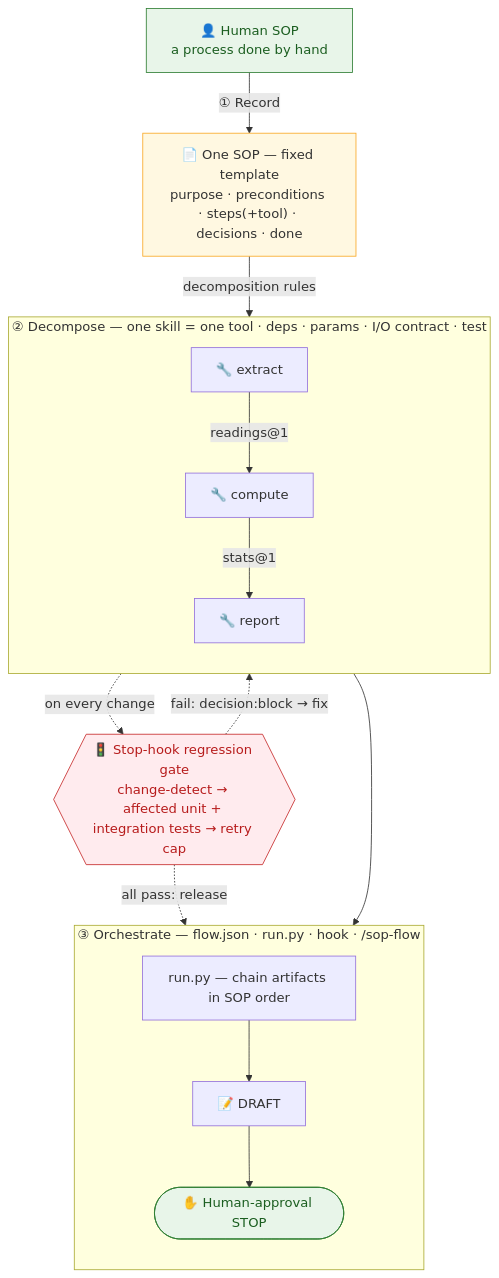
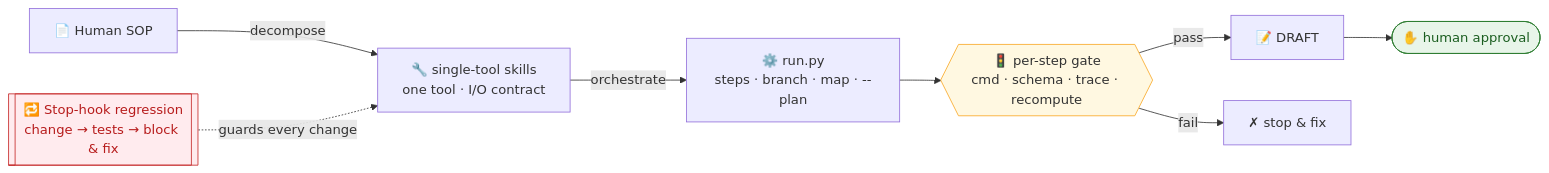
Before and after one commit to s0912758806p/agentic-sop-to-work: the diagram in README.md, drawn with Mermaid. The commit also changed other lines of this file, not shown here.

Commit message:
docs: tighten README (concise, scannable) + refresh diagram for v1.5 (gates/branch/map)

````diff
--- a/README.md
+++ b/README.md
@@ -20,36 +18,23 @@
 ```mermaid
-flowchart TB
-    H["👤 Human SOP<br/>a process done by hand"]
-    SOP["📄 One SOP — fixed template<br/>purpose · preconditions · steps(+tool) · decisions · done"]
+flowchart LR
+    SOP["📄 Human SOP"]
+    SK["🔧 single-tool skills<br/>one tool · I/O contract"]
+    RUN["⚙️ run.py<br/>steps · branch · map · --plan"]
+    G{{"🚦 per-step gate<br/>cmd · schema · trace · recompute"}}
+    DR["📝 DRAFT"]
+    OK(["✋ human approval"])
+    STOPN["✗ stop & fix"]
+    REG[["🔁 Stop-hook regression<br/>change → tests → block & fix"]]
 
-    subgraph S2["② Decompose — one skill = one tool · deps · params · I/O contract · test"]
-        direction TB
-        KA["🔧 extract"]
-        KB["🔧 compute"]
-        KC["🔧 report"]
-        KA -- "readings@1" --> KB
-        KB -- "stats@1" --> KC
-    end
+    SOP -- decompose --> SK
+    SK -- orchestrate --> RUN
+    RUN --> G
+    G -- pass --> DR
+    DR --> OK
+    G -- fail --> STOPN
+    REG -. guards every change .-> SK
 
-    subgraph S3["③ Orchestrate — flow.json · run.py · hook · /sop-flow"]
-        direction TB
-        RUN["run.py — chain artifacts in SOP order"]
-        DRAFT["📝 DRAFT"]
-        STOP(["✋ Human-approval STOP"])
-        RUN --> DRAFT --> STOP
-    end
-
-    H -- "① Record" --> SOP
-    SOP -- "decomposition rules" --> KA
-    KC --> RUN
-
-    GATE{{"🚦 Stop-hook regression gate<br/>change-detect → affected unit + integration tests → retry cap"}}
-    KC -. "on every change" .-> GATE
-    GATE -. "fail: decision:block → fix" .-> KA
-    GATE -. "all pass: release" .-> STOP
-
-    style H fill:#E8F5E9,stroke:#2E7D32,color:#1B5E20
-    style STOP fill:#E8F5E9,stroke:#2E7D32,color:#1B5E20
-    style GATE fill:#FFEBEE,stroke:#C62828,color:#B71C1C
-    style SOP fill:#FFF8E1,stroke:#F9A825
+    style OK fill:#E8F5E9,stroke:#2E7D32,color:#1B5E20
+    style G fill:#FFF8E1,stroke:#F9A825
+    style REG fill:#FFEBEE,stroke:#C62828,color:#B71C1C
 ```
````
